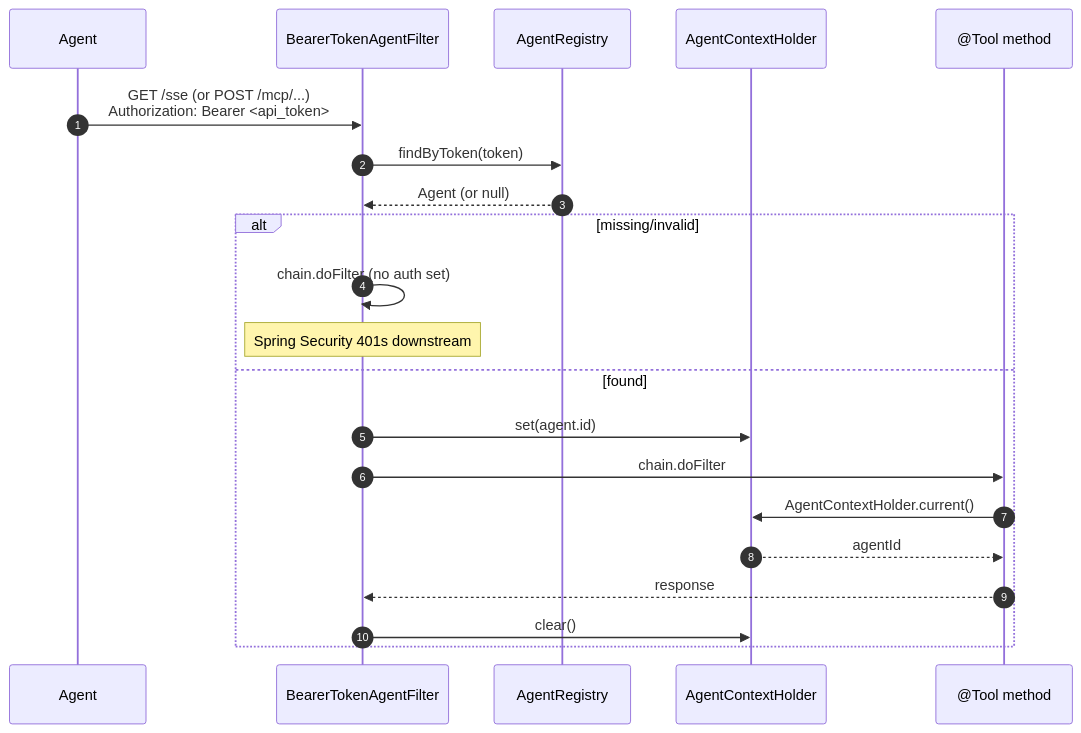
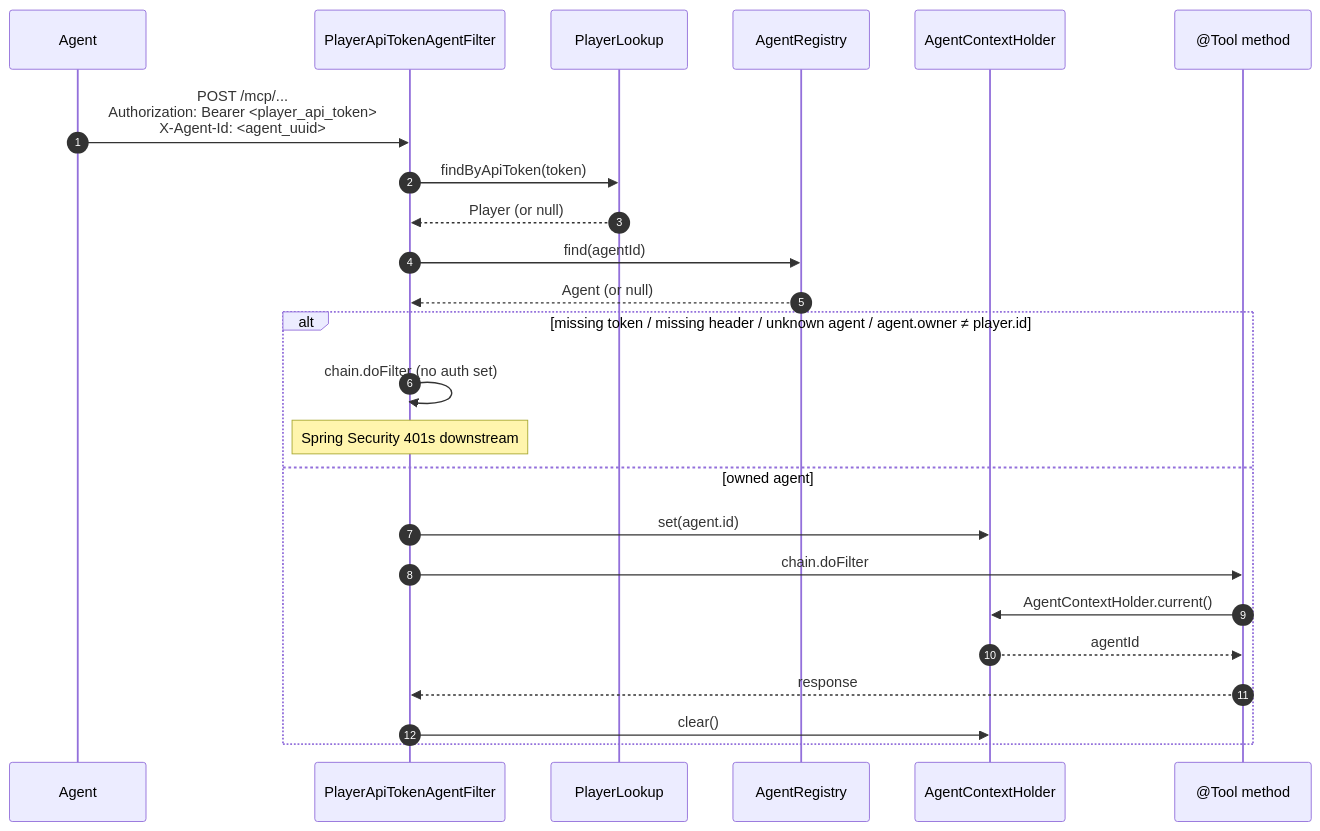
One commit to Genesara/genesara-engine changed the second of 2 diagrams in docs/auth.md. Above: the diagram before and after it, drawn with Mermaid. The commit also changed other lines of this file and 43 other files, not shown here.

First line of the commit message:
feat(api): player JWT + player-level API token + X-Agent-Id MCP auth (#44)

````diff
--- a/docs/auth.md
+++ b/docs/auth.md
@@ -59,24 +78,27 @@
 ```mermaid
 sequenceDiagram
     autonumber
     participant Agent
-    participant Filter as BearerTokenAgentFilter
-    participant Reg as AgentRegistry
+    participant Filter as PlayerApiTokenAgentFilter
+    participant PReg as PlayerLookup
+    participant AReg as AgentRegistry
     participant Ctx as AgentContextHolder
     participant Tool as @Tool method
 
-    Agent->>Filter: GET /sse  (or POST /mcp/...)<br/>Authorization: Bearer <api_token>
-    Filter->>Reg: findByToken(token)
-    Reg-->>Filter: Agent (or null)
-    alt missing/invalid
+    Agent->>Filter: POST /mcp/...<br/>Authorization: Bearer <player_api_token><br/>X-Agent-Id: <agent_uuid>
+    Filter->>PReg: findByApiToken(token)
+    PReg-->>Filter: Player (or null)
+    Filter->>AReg: find(agentId)
+    AReg-->>Filter: Agent (or null)
+    alt missing token / missing header / unknown agent / agent.owner ≠ player.id
         Filter->>Filter: chain.doFilter (no auth set)
         Note over Filter: Spring Security 401s downstream
-    else found
+    else owned agent
         Filter->>Ctx: set(agent.id)
         Filter->>Tool: chain.doFilter
         Tool->>Ctx: AgentContextHolder.current()
         Ctx-->>Tool: agentId
         Tool-->>Filter: response
         Filter->>Ctx: clear()
     end
 ```
````
